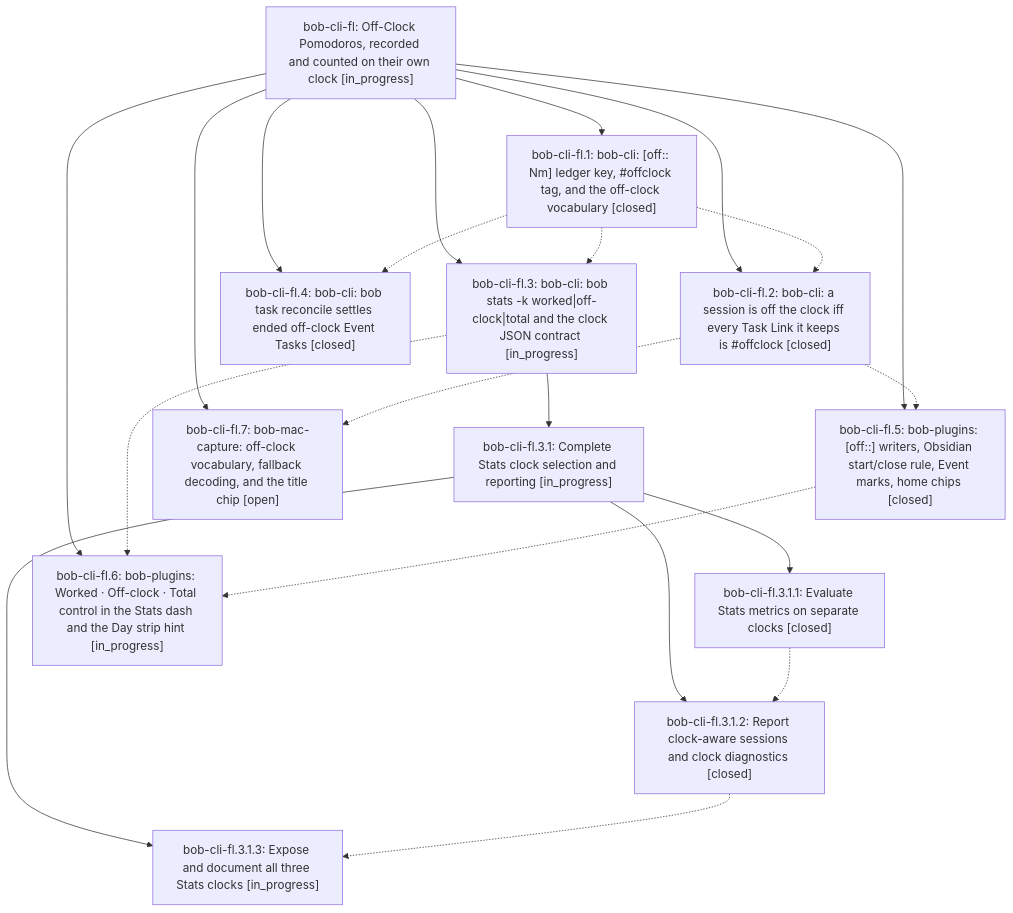
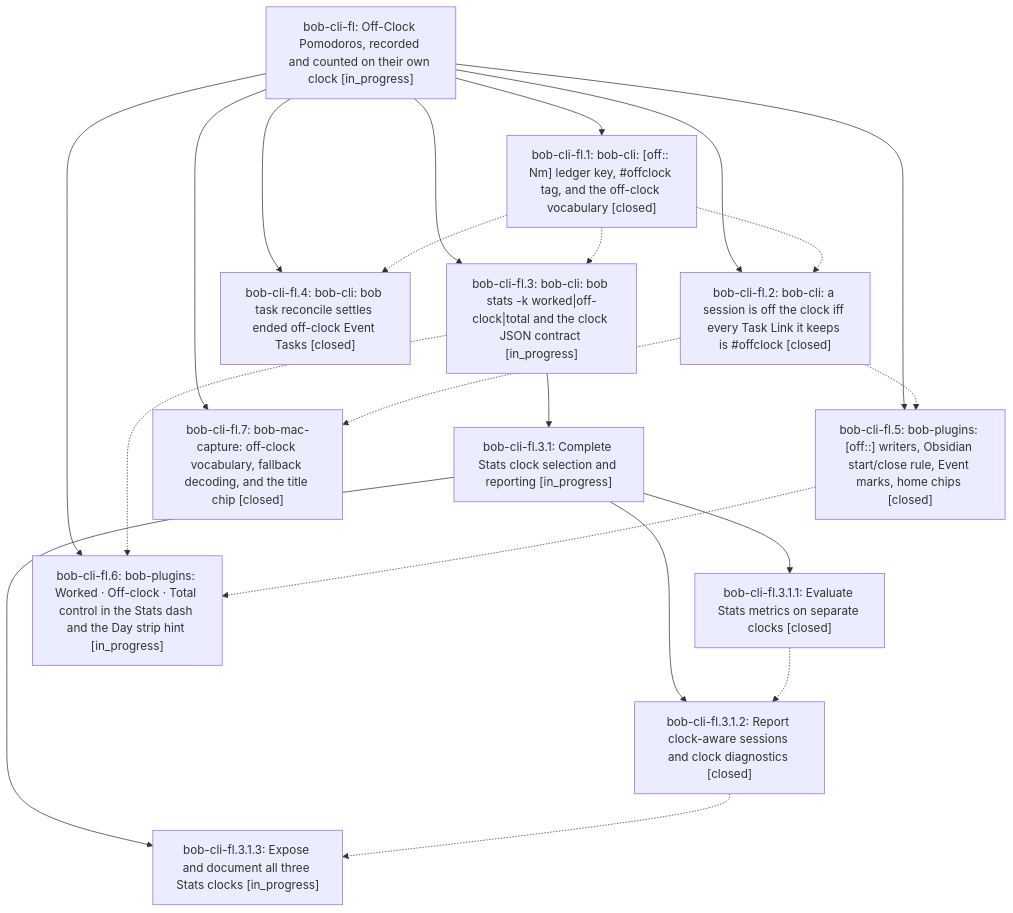
The diagram in pages/bob-cli-fl/README.md (bobs-org/bob-cli--beads), drawn with Mermaid before and after one commit. The commit also changed other lines of this file and 3 other files, not shown here.

First line of the commit message:
chore(beads): sync bead state and pages for bob-cli-fl

````diff
--- a/pages/bob-cli-fl/README.md
+++ b/pages/bob-cli-fl/README.md
@@ -42,35 +42,35 @@
 ```mermaid
 flowchart TD
     n0["bob-cli-fl: Off-Clock Pomodoros, recorded and counted on their own clock [in_progress]"]
     n1["bob-cli-fl.1: bob-cli: [off:: Nm] ledger key, #offclock tag, and the off-clock vocabulary [closed]"]
     n2["bob-cli-fl.2: bob-cli: a session is off the clock iff every Task Link it keeps is #offclock [closed]"]
     n3["bob-cli-fl.3: bob-cli: bob stats -k worked|off-clock|total and the clock JSON contract [in_progress]"]
     n4["bob-cli-fl.3.1: Complete Stats clock selection and reporting [in_progress]"]
     n5["bob-cli-fl.3.1.1: Evaluate Stats metrics on separate clocks [closed]"]
     n6["bob-cli-fl.3.1.2: Report clock-aware sessions and clock diagnostics [closed]"]
     n7["bob-cli-fl.3.1.3: Expose and document all three Stats clocks [in_progress]"]
     n8["bob-cli-fl.4: bob-cli: bob task reconcile settles ended off-clock Event Tasks [closed]"]
     n9["bob-cli-fl.5: bob-plugins: [off::] writers, Obsidian start/close rule, Event marks, home chips [closed]"]
     n10["bob-cli-fl.6: bob-plugins: Worked · Off-clock · Total control in the Stats dash and the Day strip hint [in_progress]"]
-    n11["bob-cli-fl.7: bob-mac-capture: off-clock vocabulary, fallback decoding, and the title chip [open]"]
+    n11["bob-cli-fl.7: bob-mac-capture: off-clock vocabulary, fallback decoding, and the title chip [closed]"]
     n0 --> n1
     n0 --> n2
     n0 --> n3
     n3 --> n4
     n4 --> n5
     n4 --> n6
     n4 --> n7
     n0 --> n8
     n0 --> n9
     n0 --> n10
     n0 --> n11
     n1 -.-> n2
     n1 -.-> n3
     n1 -.-> n8
     n2 -.-> n9
     n2 -.-> n11
     n3 -.-> n10
     n5 -.-> n6
     n6 -.-> n7
     n9 -.-> n10
 ```
````
